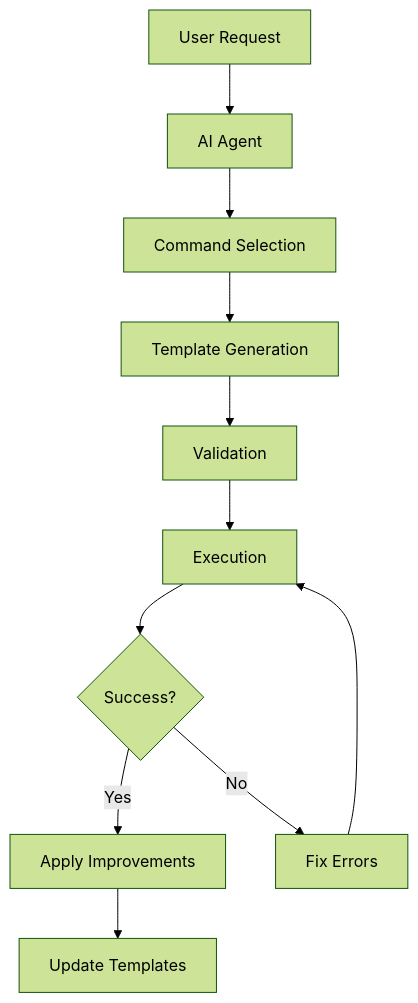
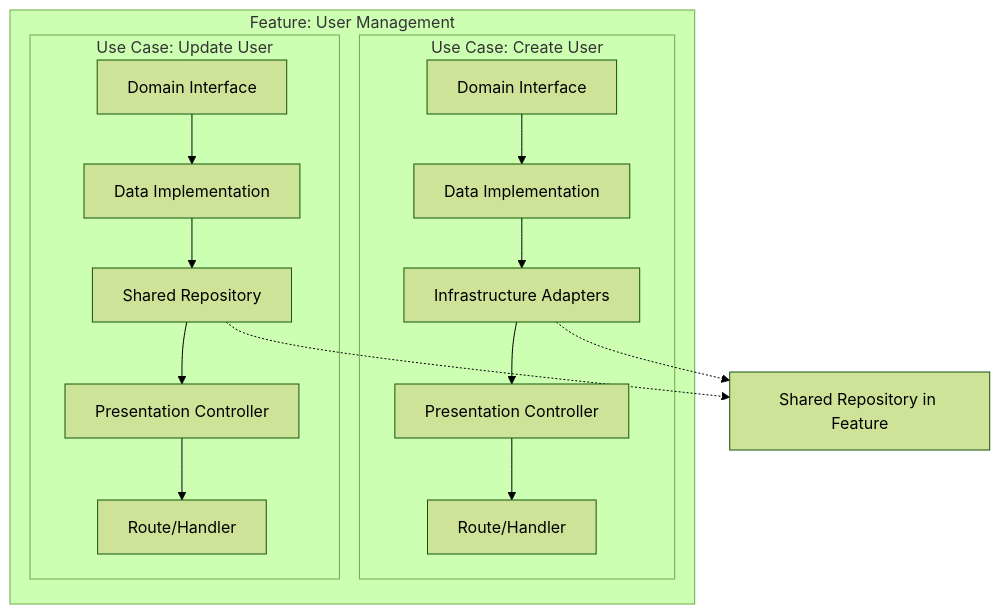
One commit to thiagobutignon/spec-kit-clean-archicteture changed the diagram in README.md. Above: the diagram before and after it, drawn with Mermaid (forest theme). The commit also changed other lines of this file, not shown here.

First line of the commit message:
docs: restore valuable content and add v6.0 AI Agent documentation

````diff
--- a/README.md
+++ b/README.md
@@ -382,13 +188,21 @@
 ```mermaid
 graph TD
-    A[User Request] --> B[AI Agent]
-    B --> C[Command Selection]
-    C --> D[Template Generation]
-    D --> E[Validation]
-    E --> F[Execution]
-    F --> G{Success?}
-    G -->|Yes| H[Apply Improvements]
-    G -->|No| I[Fix Errors]
-    I --> F
-    H --> J[Update Templates]
+    subgraph "Feature: User Management"
+        subgraph "Use Case: Create User"
+            A1[Domain Interface] --> A2[Data Implementation]
+            A2 --> A3[Infrastructure Adapters]
+            A3 --> A4[Presentation Controller]
+            A4 --> A5[Route/Handler]
+        end
+
+        subgraph "Use Case: Update User"
+            B1[Domain Interface] --> B2[Data Implementation]
+            B2 --> B3[Shared Repository]
+            B3 --> B4[Presentation Controller]
+            B4 --> B5[Route/Handler]
+        end
+    end
+
+    A3 -.-> SR[Shared Repository in Feature]
+    B3 -.-> SR
 ```
````
